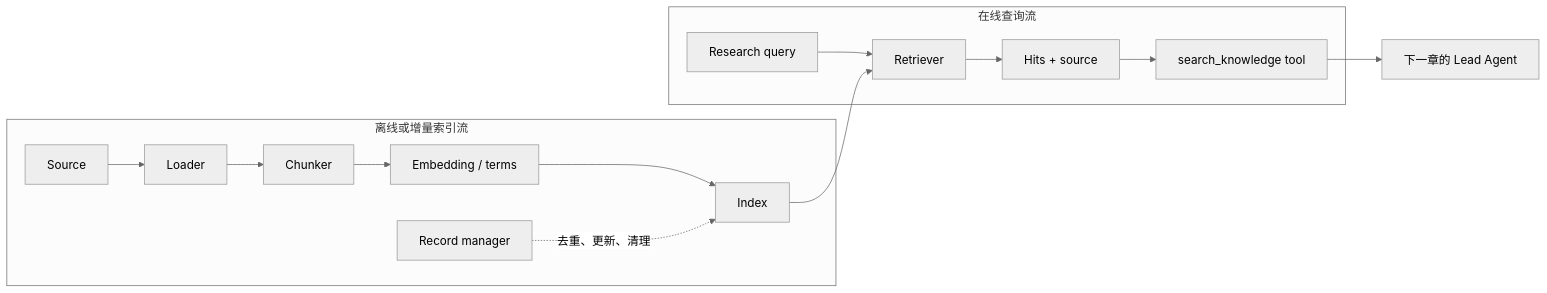
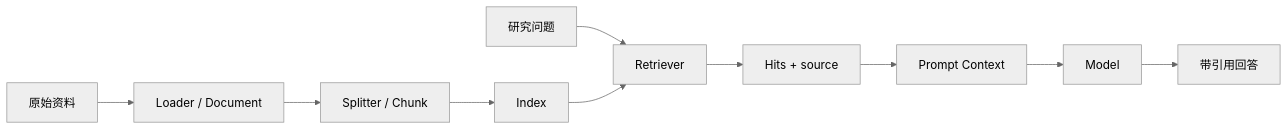
Before and after one commit to Chengyunlai/langchain-logbook: the diagram in docs-site/src/data/blog/03_RAG_2.0.md, drawn with Mermaid (neutral theme). The commit also changed other lines of this file and 7 other files, not shown here.

````diff
--- a/docs-site/src/data/blog/03_RAG_2.0.md
+++ b/docs-site/src/data/blog/03_RAG_2.0.md
@@ -29,14 +29,12 @@
 ```mermaid
 flowchart LR
-    subgraph Indexing["离线或增量索引流"]
-        S["Source"] --> L["Loader"] --> C["Chunker"] --> E["Embedding / terms"] --> I["Index"]
-        R["Record manager"] -. "去重、更新、清理" .-> I
-    end
-
-    subgraph Query["在线查询流"]
-        Q["Research query"] --> RT["Retriever"] --> H["Hits + source"] --> T["search_knowledge tool"]
-    end
-
-    I --> RT
-    T --> A["下一章的 Lead Agent"]
+    S["原始资料"] --> L["Loader / Document"]
+    L --> C["Splitter / Chunk"]
+    C --> I["Index"]
+    Q["研究问题"] --> R["Retriever"]
+    I --> R
+    R --> H["Hits + source"]
+    H --> P["Prompt Context"]
+    P --> M["Model"]
+    M --> A["带引用回答"]
 ```
````
